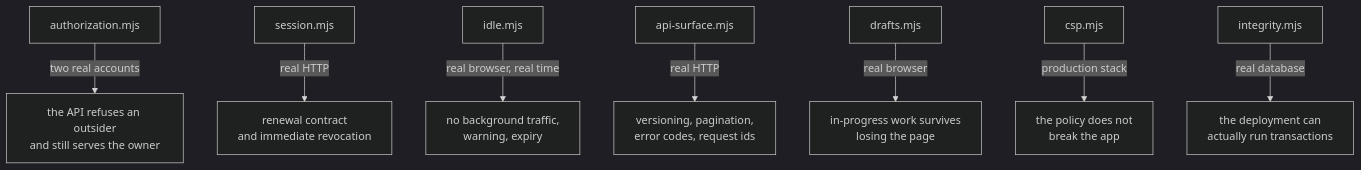
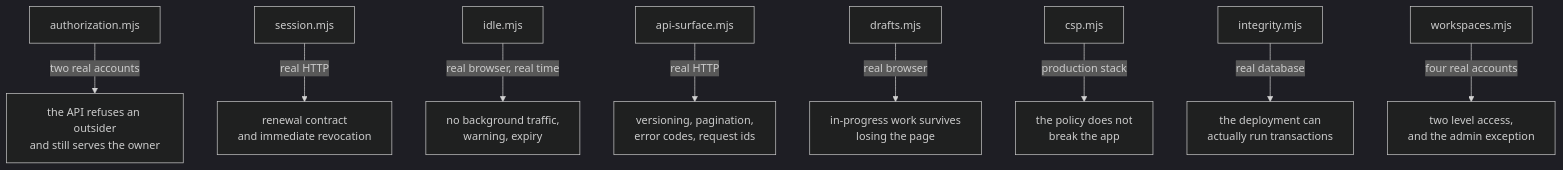
Before and after one commit to kfeuerschvenger/BreezyBoard: the diagram in e2e/verify/README.md, drawn with Mermaid (dark theme). The commit also changed other lines of this file and 12 other files, not shown here.

First line of the commit message:
feat(workspaces): enforce two level access and add the workspace API

````diff
--- a/e2e/verify/README.md
+++ b/e2e/verify/README.md
@@ -32,10 +34,11 @@
 ```mermaid
 graph TD
   A[authorization.mjs] -->|two real accounts| B[the API refuses an outsider<br/>and still serves the owner]
   C[session.mjs] -->|real HTTP| D[renewal contract<br/>and immediate revocation]
   E[idle.mjs] -->|real browser, real time| F[no background traffic,<br/>warning, expiry]
   G[api-surface.mjs] -->|real HTTP| H[versioning, pagination,<br/>error codes, request ids]
   I[drafts.mjs] -->|real browser| J[in-progress work survives<br/>losing the page]
   K[csp.mjs] -->|production stack| L[the policy does not<br/>break the app]
   M[integrity.mjs] -->|real database| N[the deployment can<br/>actually run transactions]
+  O[workspaces.mjs] -->|four real accounts| P[two level access,<br/>and the admin exception]
 ```
````
